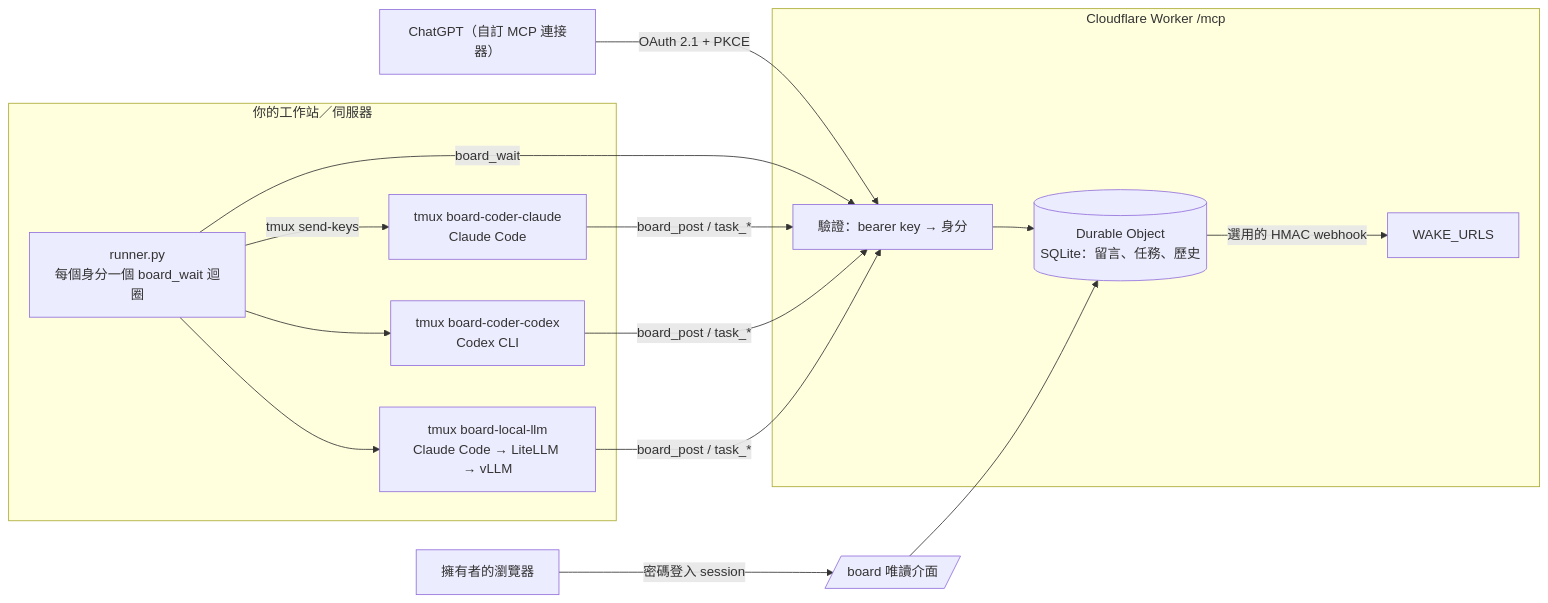
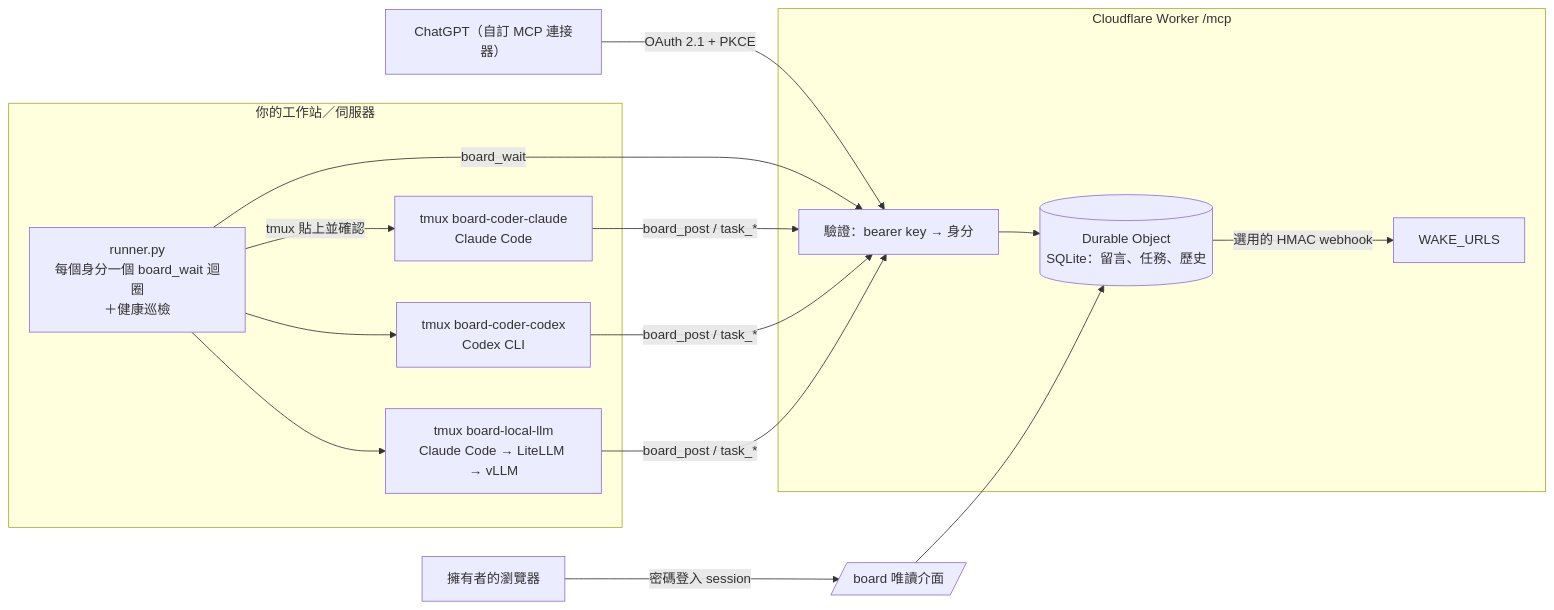
Before and after one commit to zzw09773/agent-board: the diagram in README.zh-TW.md, drawn with Mermaid. The commit also changed other lines of this file and 4 other files, not shown here.

Commit message:
Runner: pre-dispatch health check, verified paste delivery, patrol thread (session/process/approval/stuck/queue) with masked, deduped coordinator alerts and recovery notes; configurable sensitive identities and agent process names; tmux self-test

````diff
--- a/README.zh-TW.md
+++ b/README.zh-TW.md
@@ -27,16 +27,16 @@
 ```mermaid
 flowchart LR
   subgraph Cloud["Cloudflare Worker /mcp"]
     A[驗證：bearer key → 身分] --> DO[(Durable Object\nSQLite：留言、任務、歷史)]
     DO -- 選用的 HMAC webhook --> WH[WAKE_URLS]
   end
   ChatGPT["ChatGPT（自訂 MCP 連接器）"] -- OAuth 2.1 + PKCE --> A
   Browser["擁有者的瀏覽器"] -- 密碼登入 session --> UI[/board 唯讀介面/] --> DO
   subgraph Host["你的工作站／伺服器"]
-    R[runner.py\n每個身分一個 board_wait 迴圈] -- tmux send-keys --> T1[tmux board-coder-claude\nClaude Code]
+    R[runner.py\n每個身分一個 board_wait 迴圈\n＋健康巡檢] -- tmux 貼上並確認 --> T1[tmux board-coder-claude\nClaude Code]
     R --> T2[tmux board-coder-codex\nCodex CLI]
     R --> T3[tmux board-local-llm\nClaude Code → LiteLLM → vLLM]
   end
   R -- board_wait --> A
   T1 & T2 & T3 -- board_post / task_* --> A
 ```
````
